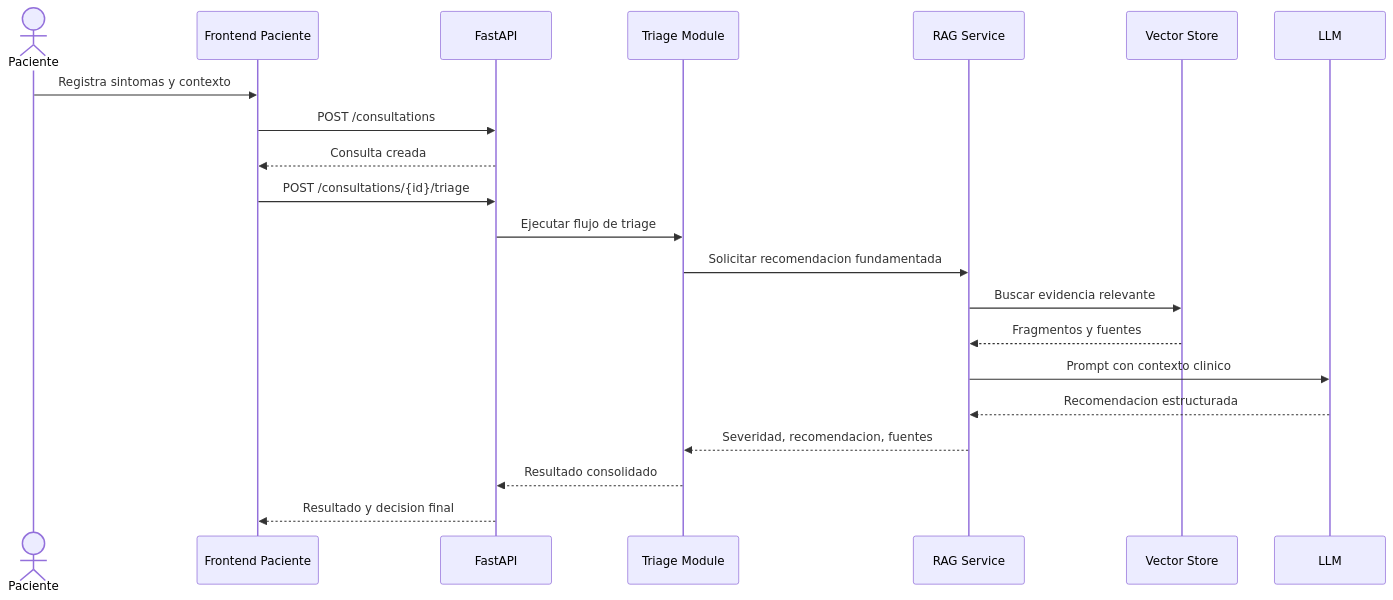
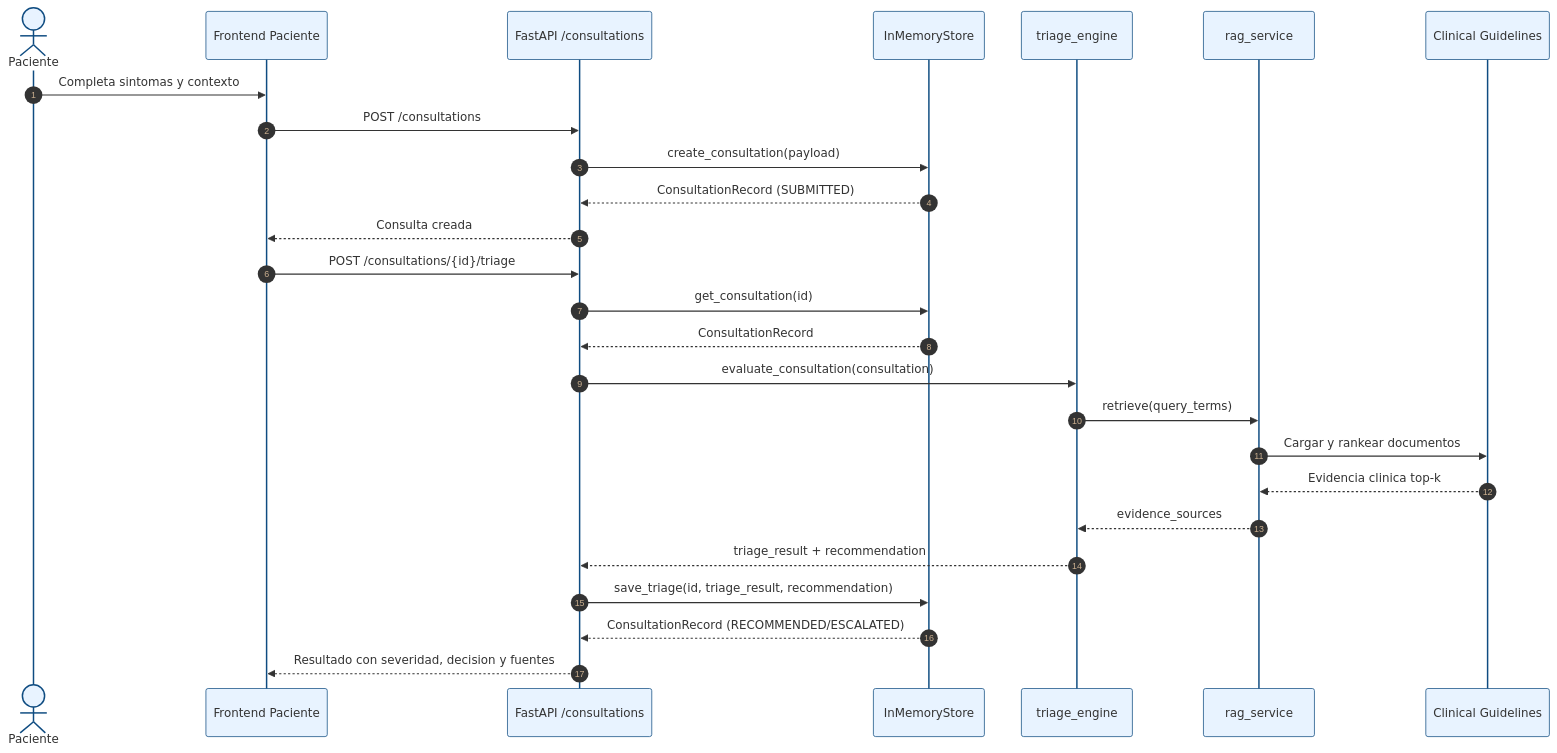
The diagram in docs/architecture/04-sequence-triage.mmd (JesusJC15/proyecto-arep), drawn with Mermaid before and after one commit. The commit also changed 18 other files, not shown here.

```diff
--- a/docs/architecture/04-sequence-triage.mmd
+++ b/docs/architecture/04-sequence-triage.mmd
@@ -1,22 +1,29 @@
+%%{init: {"theme": "base", "themeVariables": {"fontFamily": "Inter, Segoe UI, sans-serif", "primaryColor": "#E8F3FF", "primaryBorderColor": "#0F4C81", "lineColor": "#355070", "secondaryColor": "#EAFBF2", "tertiaryColor": "#FFF5E6"}}}%%
 sequenceDiagram
+    autonumber
     actor Patient as Paciente
     participant UI as Frontend Paciente
-    participant API as FastAPI
-    participant TRIAGE as Triage Module
-    participant RAG as RAG Service
-    participant VDB as Vector Store
-    participant LLM as LLM
+    participant API as FastAPI /consultations
+    participant Store as InMemoryStore
+    participant TRIAGE as triage_engine
+    participant RAG as rag_service
+    participant KB as Clinical Guidelines
 
-    Patient->>UI: Registra sintomas y contexto
+    Patient->>UI: Completa sintomas y contexto
     UI->>API: POST /consultations
+    API->>Store: create_consultation(payload)
+    Store-->>API: ConsultationRecord (SUBMITTED)
     API-->>UI: Consulta creada
+
     UI->>API: POST /consultations/{id}/triage
-    API->>TRIAGE: Ejecutar flujo de triage
-    TRIAGE->>RAG: Solicitar recomendacion fundamentada
-    RAG->>VDB: Buscar evidencia relevante
-    VDB-->>RAG: Fragmentos y fuentes
-    RAG->>LLM: Prompt con contexto clinico
-    LLM-->>RAG: Recomendacion estructurada
-    RAG-->>TRIAGE: Severidad, recomendacion, fuentes
-    TRIAGE-->>API: Resultado consolidado
-    API-->>UI: Resultado y decision final
+    API->>Store: get_consultation(id)
+    Store-->>API: ConsultationRecord
+    API->>TRIAGE: evaluate_consultation(consultation)
+    TRIAGE->>RAG: retrieve(query_terms)
+    RAG->>KB: Cargar y rankear documentos
+    KB-->>RAG: Evidencia clinica top-k
+    RAG-->>TRIAGE: evidence_sources
+    TRIAGE-->>API: triage_result + recommendation
+    API->>Store: save_triage(id, triage_result, recommendation)
+    Store-->>API: ConsultationRecord (RECOMMENDED/ESCALATED)
+    API-->>UI: Resultado con severidad, decision y fuentes
```
